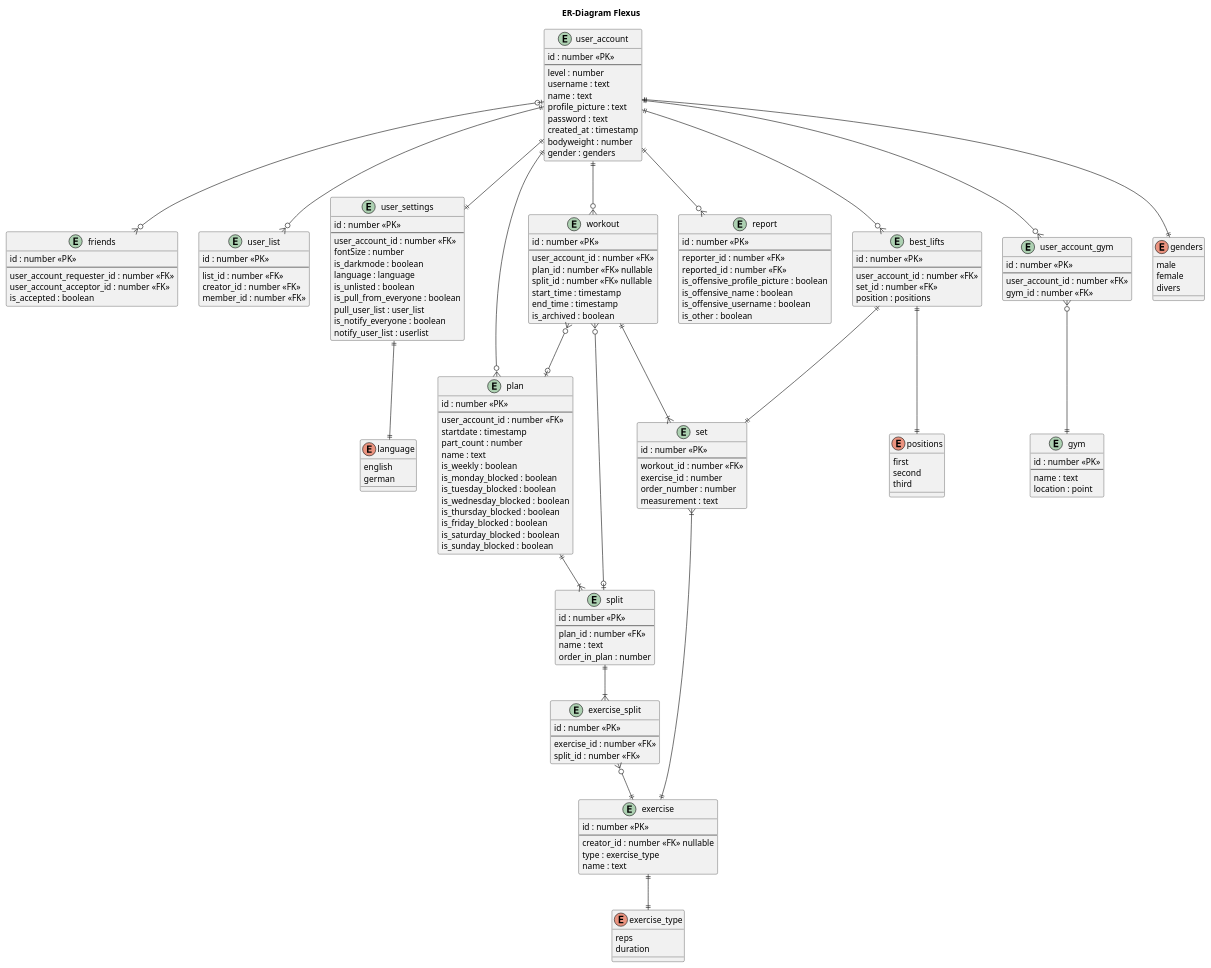
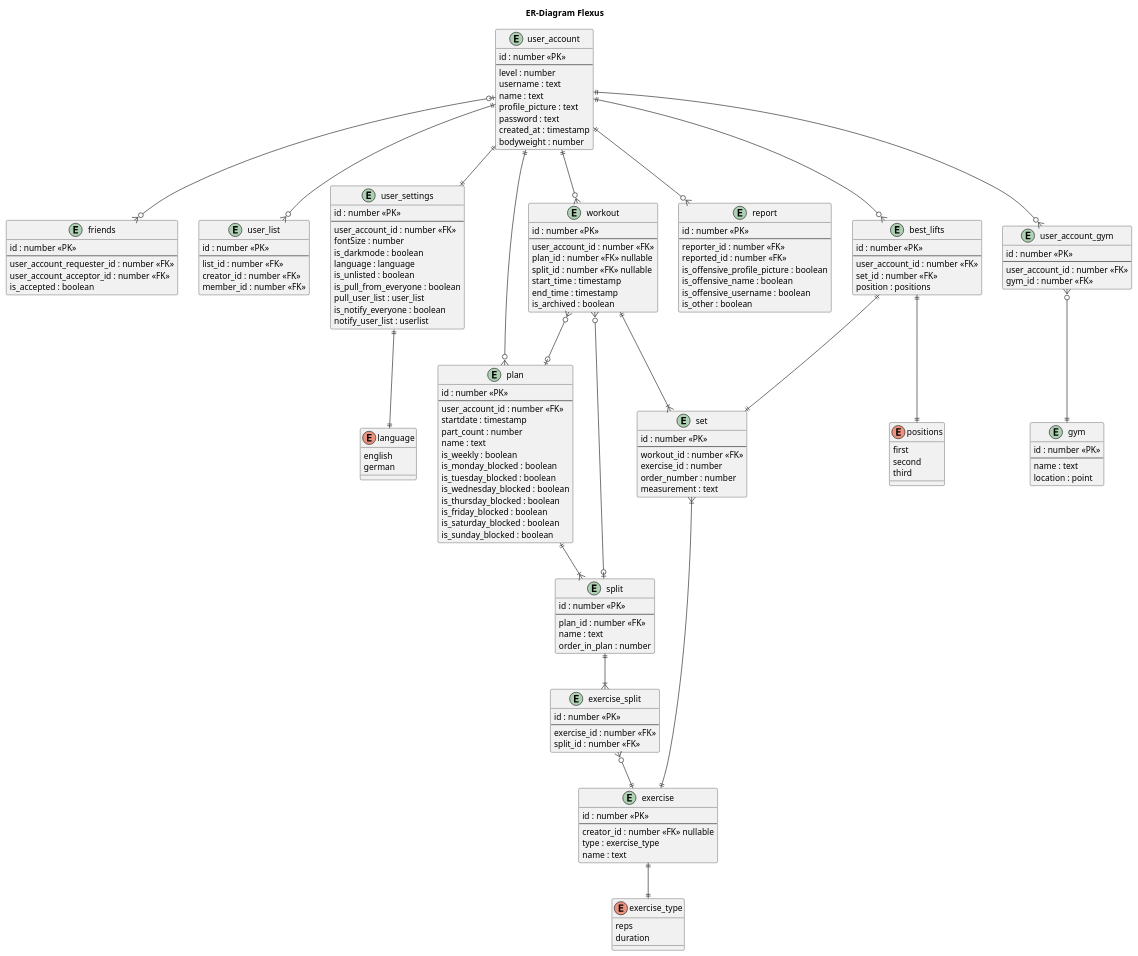
Before and after one commit to danielholzwarth/flexus: the diagram in backend/docs/er-diagram-postgres.plantuml, drawn with PlantUML. The commit also changed 20 other files, not shown here.

Commit message:
feat: Split getBestLifts and UserAccount up

```diff
--- a/backend/docs/er-diagram-postgres.plantuml
+++ b/backend/docs/er-diagram-postgres.plantuml
@@ -1,186 +1,179 @@
 @startuml test
 title ER-Diagram Flexus
 
 entity user_account {
     id : number <<PK>>
     --
     level : number
     username : text
     name : text
     profile_picture : text
     password : text
     created_at : timestamp
     bodyweight : number
-    gender : genders
 }
 
 entity friends {
     id : number <<PK>>
     --
     user_account_requester_id : number <<FK>>
     user_account_acceptor_id : number <<FK>>
     is_accepted : boolean
 }
 
 entity user_list {
     id : number <<PK>>
     --
     list_id : number <<FK>>
     creator_id : number <<FK>>
     member_id : number <<FK>>
 }
 
 
 entity user_settings {
     id : number <<PK>>
     --
     user_account_id : number <<FK>>
     fontSize : number
     is_darkmode : boolean
     language : language
     is_unlisted : boolean
     is_pull_from_everyone : boolean
     pull_user_list : user_list
     is_notify_everyone : boolean
     notify_user_list : userlist
 }
 
 entity plan {
     id : number <<PK>>
     --
     user_account_id : number <<FK>>
     startdate : timestamp
     part_count : number
     name : text
     is_weekly : boolean
     is_monday_blocked : boolean
     is_tuesday_blocked : boolean
     is_wednesday_blocked : boolean
     is_thursday_blocked : boolean
     is_friday_blocked : boolean
     is_saturday_blocked : boolean
     is_sunday_blocked : boolean
 }
 
 entity split {
     id : number <<PK>>
     --
     plan_id : number <<FK>>
     name : text
     order_in_plan : number
 }
 
 entity exercise {
     id : number <<PK>>
     --
     creator_id : number <<FK>> nullable
     type : exercise_type
     name : text
 }
 
 entity set {
     id : number <<PK>>
     --
     workout_id : number <<FK>>
     exercise_id : number
     order_number : number
     measurement : text
 }
 
 entity workout {
     id : number <<PK>>
     --
     user_account_id : number <<FK>>
     plan_id : number <<FK>> nullable
     split_id : number <<FK>> nullable
     start_time : timestamp
     end_time : timestamp
     is_archived : boolean
 }
 
 entity gym {
     id : number <<PK>>
     --
     name : text
     location : point
 }
 
 entity report {
     id : number <<PK>>
     --
     reporter_id : number <<FK>>
     reported_id : number <<FK>>
     is_offensive_profile_picture : boolean
     is_offensive_name : boolean
     is_offensive_username : boolean
     is_other : boolean
 }
 
 entity user_account_gym {
     id : number <<PK>>
     --
     user_account_id : number <<FK>>
     gym_id : number <<FK>>
 }
 
 entity exercise_split {
     id : number <<PK>>
     --
     exercise_id : number <<FK>>
     split_id : number <<FK>>
 }
 
 entity best_lifts {
     id : number <<PK>>
     --
     user_account_id : number <<FK>>
     set_id : number <<FK>>
     position : positions
 }
 
 enum exercise_type {
     reps
     duration
 }
 
-enum genders {
-    male
-    female
-    divers
-}
 
 enum language {
     english
     german
 }
 
 enum positions {
     first
     second
     third
 }
 
 
 user_account ||--|| user_settings
-user_account ||--|| genders
 user_account ||--o{ user_account_gym
 user_account_gym }o--|| gym 
 user_account |o--o{ friends
 user_account ||--o{ user_list
 user_account ||--o{ workout 
 user_account ||--o{ report 
 user_account ||--o{ best_lifts
 user_settings ||--|| language
 best_lifts ||--|| set
 best_lifts ||--|| positions
 exercise ||--|| exercise_type
 user_account ||--o{ plan
 plan ||--|{ split
 split ||--|{ exercise_split
 exercise_split }o--|| exercise
 set }|--|| exercise
 workout }o--o| plan
 workout }o--o| split
 workout ||--|{ set
 
 @enduml
```
